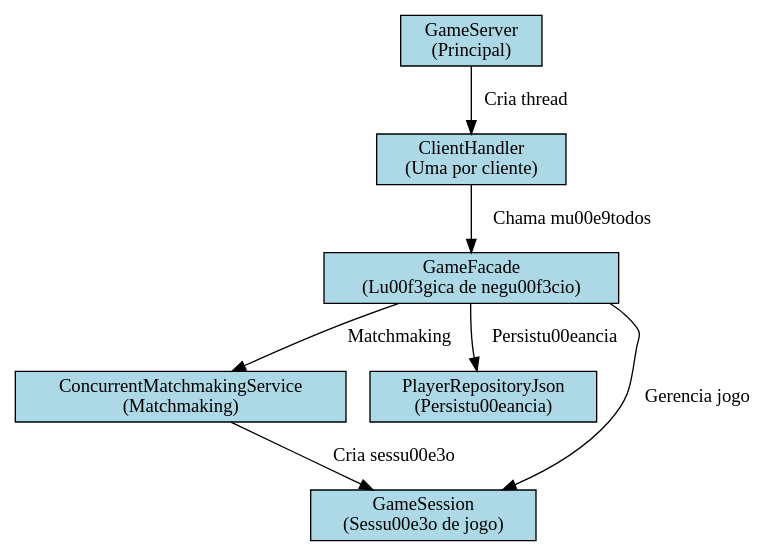
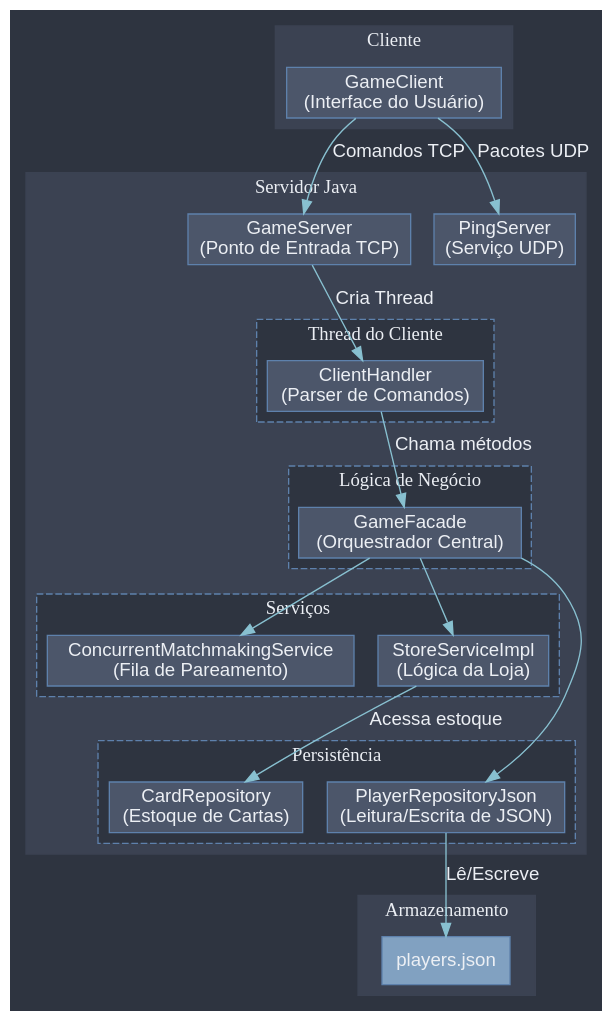
The diagram in report/figuras/arquitetura.dot (Lucas-Damasceno-dev/dueling-protocol), drawn with Graphviz before and after one commit. The commit also changed 18 other files, not shown here.

```diff
--- a/report/figuras/arquitetura.dot
+++ b/report/figuras/arquitetura.dot
@@ -1,18 +1,72 @@
-digraph G {
-  rankdir=TB;
-  node [shape=box, style=filled, fillcolor=lightblue];
+digraph DuelingProtocol {
+    bgcolor="#2E3440";
+    node [shape=box, style="filled", fillcolor="#4C566A", fontname="sans-serif", fontcolor="#ECEFF4", color="#5E81AC"];
+    edge [color="#88C0D0", fontname="sans-serif", fontcolor="#ECEFF4"];
 
-  GameServer [label="GameServer\n(Principal)"];
-  ClientHandler [label="ClientHandler\n(Uma por cliente)"];
-  GameFacade [label="GameFacade\n(L\u00f3gica de neg\u00f3cio)"];
-  ConcurrentMatchmakingService [label="ConcurrentMatchmakingService\n(Matchmaking)"];
-  PlayerRepositoryJson [label="PlayerRepositoryJson\n(Persist\u00eancia)"];
-  GameSession [label="GameSession\n(Sess\u00e3o de jogo)"];
+    subgraph cluster_client {
+        label = "Cliente";
+        style = "filled";
+        color = "#3B4252";
+        fontcolor = "#ECEFF4";
+        GameClient [label="GameClient\n(Interface do Usuário)"];
+    }
 
-  GameServer -> ClientHandler [label="Cria thread"];
-  ClientHandler -> GameFacade [label="Chama m\u00e9todos"];
-  GameFacade -> ConcurrentMatchmakingService [label="Matchmaking"];
-  GameFacade -> PlayerRepositoryJson [label="Persist\u00eancia"];
-  ConcurrentMatchmakingService -> GameSession [label="Cria sess\u00e3o"];
-  GameFacade -> GameSession [label="Gerencia jogo"];
+    subgraph cluster_server {
+        label = "Servidor Java";
+        style = "filled";
+        color = "#3B4252";
+        fontcolor = "#ECEFF4";
+
+        GameServer [label="GameServer\n(Ponto de Entrada TCP)"];
+        PingServer [label="PingServer\n(Serviço UDP)"];
+
+        subgraph cluster_handler {
+            label = "Thread do Cliente";
+            style = "dashed";
+            color = "#5E81AC";
+            ClientHandler [label="ClientHandler\n(Parser de Comandos)"];
+        }
+
+        subgraph cluster_facade {
+            label = "Lógica de Negócio";
+            style = "dashed";
+            color = "#5E81AC";
+            GameFacade [label="GameFacade\n(Orquestrador Central)"];
+        }
+
+        subgraph cluster_services {
+            label = "Serviços";
+            style = "dashed";
+            color = "#5E81AC";
+            MatchmakingService [label="ConcurrentMatchmakingService\n(Fila de Pareamento)"];
+            StoreService [label="StoreServiceImpl\n(Lógica da Loja)"];
+        }
+        
+        subgraph cluster_persistence {
+            label = "Persistência";
+            style = "dashed";
+            color = "#5E81AC";
+            PlayerRepository [label="PlayerRepositoryJson\n(Leitura/Escrita de JSON)"];
+            CardRepository [label="CardRepository\n(Estoque de Cartas)"];
+        }
+    }
+    
+    subgraph cluster_storage {
+        label = "Armazenamento";
+        style = "filled";
+        color = "#3B4252";
+        fontcolor = "#ECEFF4";
+        PlayerData [label="players.json", shape=document, fillcolor="#81A1C1"];
+    }
+
+    // Conexões
+    GameClient -> GameServer [label="Comandos TCP"];
+    GameClient -> PingServer [label="Pacotes UDP"];
+    GameServer -> ClientHandler [label="Cria Thread"];
+    ClientHandler -> GameFacade [label="Chama métodos"];
+    GameFacade -> MatchmakingService;
+    GameFacade -> StoreService;
+    GameFacade -> PlayerRepository;
+    StoreService -> CardRepository [label="Acessa estoque"];
+    PlayerRepository -> PlayerData [label="Lê/Escreve"];
 }
```
